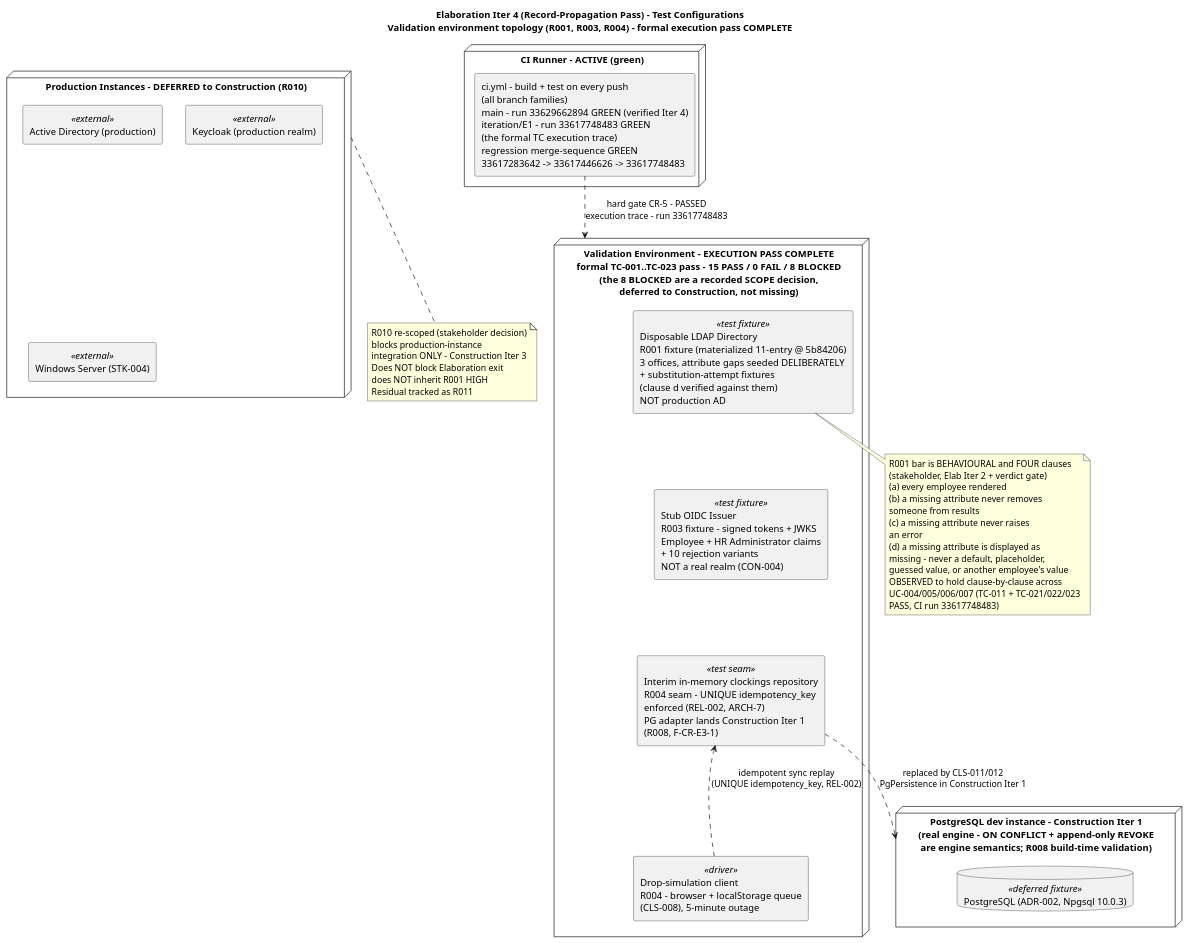
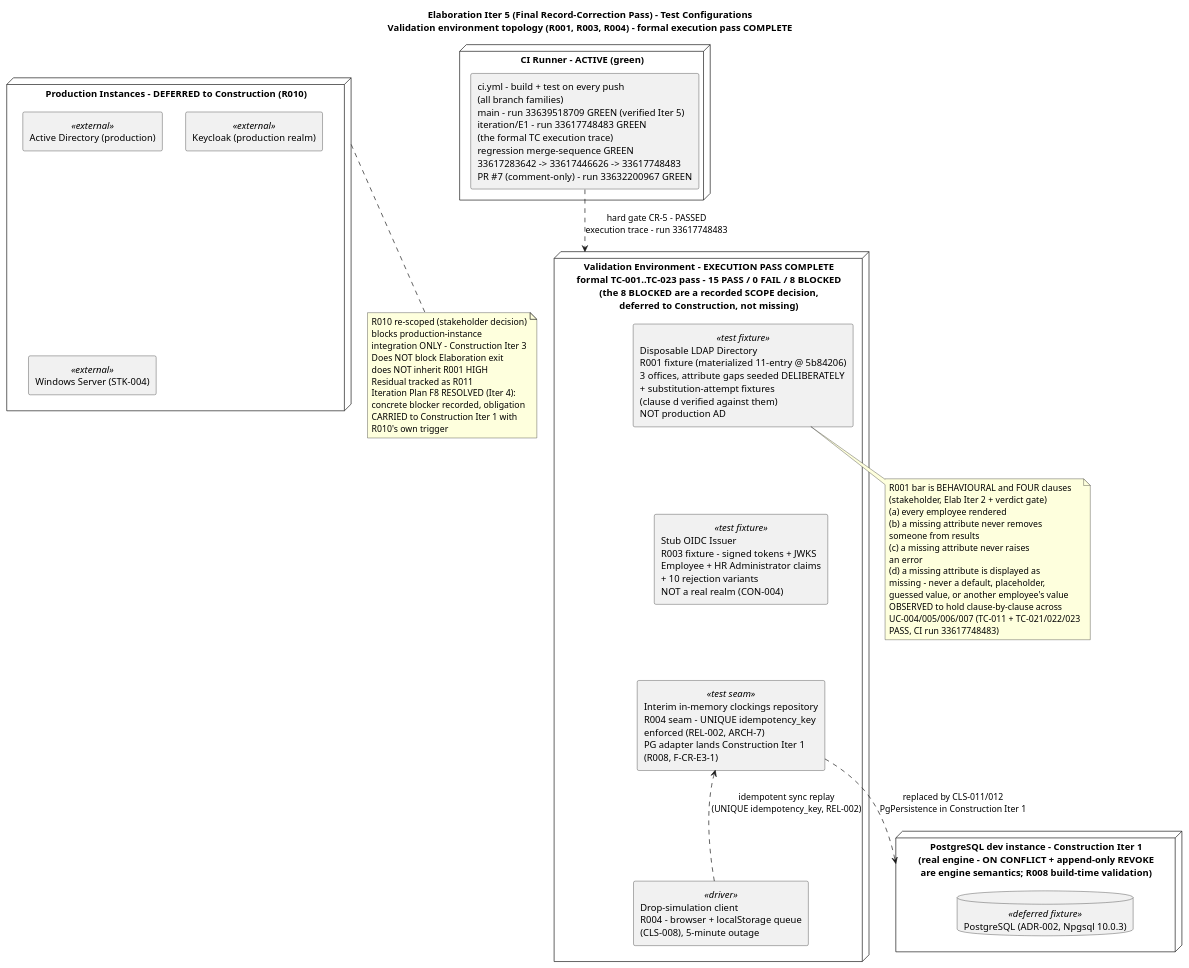
Before and after one commit to banense-test/employee-portal: the first of 5 diagrams in docs/artifacts/test/test-evaluation-summary.md, drawn with PlantUML. The commit also changed other lines of this file, not shown here.

First line of the commit message:
Test Manager [E5]: upsert Test Evaluation Summary

````diff
--- a/docs/artifacts/test/test-evaluation-summary.md
+++ b/docs/artifacts/test/test-evaluation-summary.md
@@ -42,60 +41,64 @@
 ```plantuml
 @startuml
 skinparam componentStyle rectangle
 skinparam fontSize 11
-title Elaboration Iter 4 (Record-Propagation Pass) - Test Configurations\nValidation environment topology (R001, R003, R004) - formal execution pass COMPLETE
+title Elaboration Iter 5 (Final Record-Correction Pass) - Test Configurations\nValidation environment topology (R001, R003, R004) - formal execution pass COMPLETE
 
 node "CI Runner - ACTIVE (green)" as CI {
-  component "ci.yml - build + test on every push\n(all branch families)\nmain - run 33629662894 GREEN (verified Iter 4)\niteration/E1 - run 33617748483 GREEN\n(the formal TC execution trace)\nregression merge-sequence GREEN\n33617283642 -> 33617446626 -> 33617748483" as CIPIPE
+  component "ci.yml - build + test on every push\n(all branch families)\nmain - run 33639518709 GREEN (verified Iter 5)\niteration/E1 - run 33617748483 GREEN\n(the formal TC execution trace)\nregression merge-sequence GREEN\n33617283642 -> 33617446626 -> 33617748483\nPR #7 (comment-only) - run 33632200967 GREEN" as CIPIPE
 }
 
 node "Validation Environment - EXECUTION PASS COMPLETE\nformal TC-001..TC-023 pass - 15 PASS / 0 FAIL / 8 BLOCKED\n(the 8 BLOCKED are a recorded SCOPE decision,\ndeferred to Construction, not missing)" as VAL {
   component "Disposable LDAP Directory\nR001 fixture (materialized 11-entry @ 5b84206)\n3 offices, attribute gaps seeded DELIBERATELY\n+ substitution-attempt fixtures\n(clause d verified against them)\nNOT production AD" as LDAPD <<test fixture>>
   component "Stub OIDC Issuer\nR003 fixture - signed tokens + JWKS\nEmployee + HR Administrator claims\n+ 10 rejection variants\nNOT a real realm (CON-004)" as STUB <<test fixture>>
   component "Interim in-memory clockings repository\nR004 seam - UNIQUE idempotency_key\nenforced (REL-002, ARCH-7)\nPG adapter lands Construction Iter 1\n(R008, F-CR-E3-1)" as REPO <<test seam>>
   component "Drop-simulation client\nR004 - browser + localStorage queue\n(CLS-008), 5-minute outage" as DROPC <<driver>>
 }
 
 node "PostgreSQL dev instance - Construction Iter 1\n(real engine - ON CONFLICT + append-only REVOKE\nare engine semantics; R008 build-time validation)" as PGDEF {
   database "PostgreSQL (ADR-002, Npgsql 10.0.3)" as PGDEV <<deferred fixture>>
 }
 
 node "Production Instances - DEFERRED to Construction (R010)" as PROD {
   component "Active Directory (production)" as ADP <<external>>
   component "Keycloak (production realm)" as KCP <<external>>
   component "Windows Server (STK-004)" as WSP <<external>>
 }
 
 CIPIPE ..> VAL : hard gate CR-5 - PASSED\nexecution trace - run 33617748483
 DROPC ..> REPO : idempotent sync replay\n(UNIQUE idempotency_key, REL-002)
 REPO ..> PGDEF : replaced by CLS-011/012\nPgPersistence in Construction Iter 1
 LDAPD -[hidden]-> STUB
 STUB -[hidden]-> REPO
 REPO -[hidden]-> DROPC
 
 note bottom of LDAPD
   R001 bar is BEHAVIOURAL and FOUR clauses
   (stakeholder, Elab Iter 2 + verdict gate)
   (a) every employee rendered
   (b) a missing attribute never removes
   someone from results
   (c) a missing attribute never raises
   an error
   (d) a missing attribute is displayed as
   missing - never a default, placeholder,
   guessed value, or another employee's value
   OBSERVED to hold clause-by-clause across
   UC-004/005/006/007 (TC-011 + TC-021/022/023
   PASS, CI run 33617748483)
 end note
 
 note bottom of PROD
   R010 re-scoped (stakeholder decision)
   blocks production-instance
   integration ONLY - Construction Iter 3
   Does NOT block Elaboration exit
   does NOT inherit R001 HIGH
   Residual tracked as R011
+  Iteration Plan F8 RESOLVED (Iter 4):
+  concrete blocker recorded, obligation
+  CARRIED to Construction Iter 1 with
+  R010's own trigger
 end note
 @enduml
 ```
````
